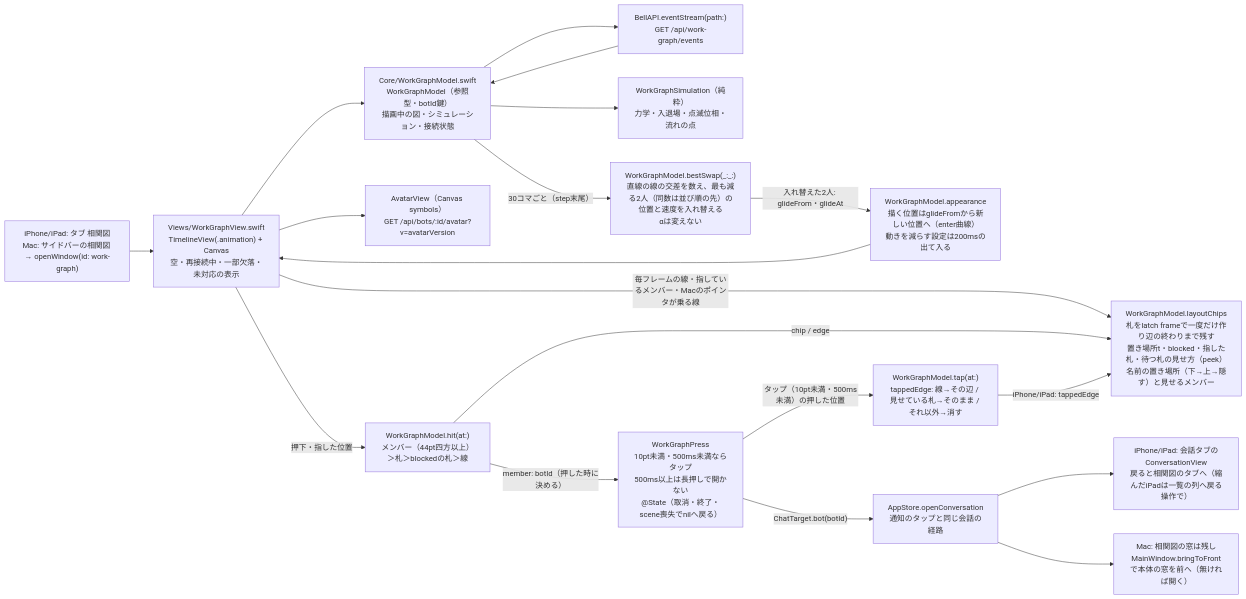
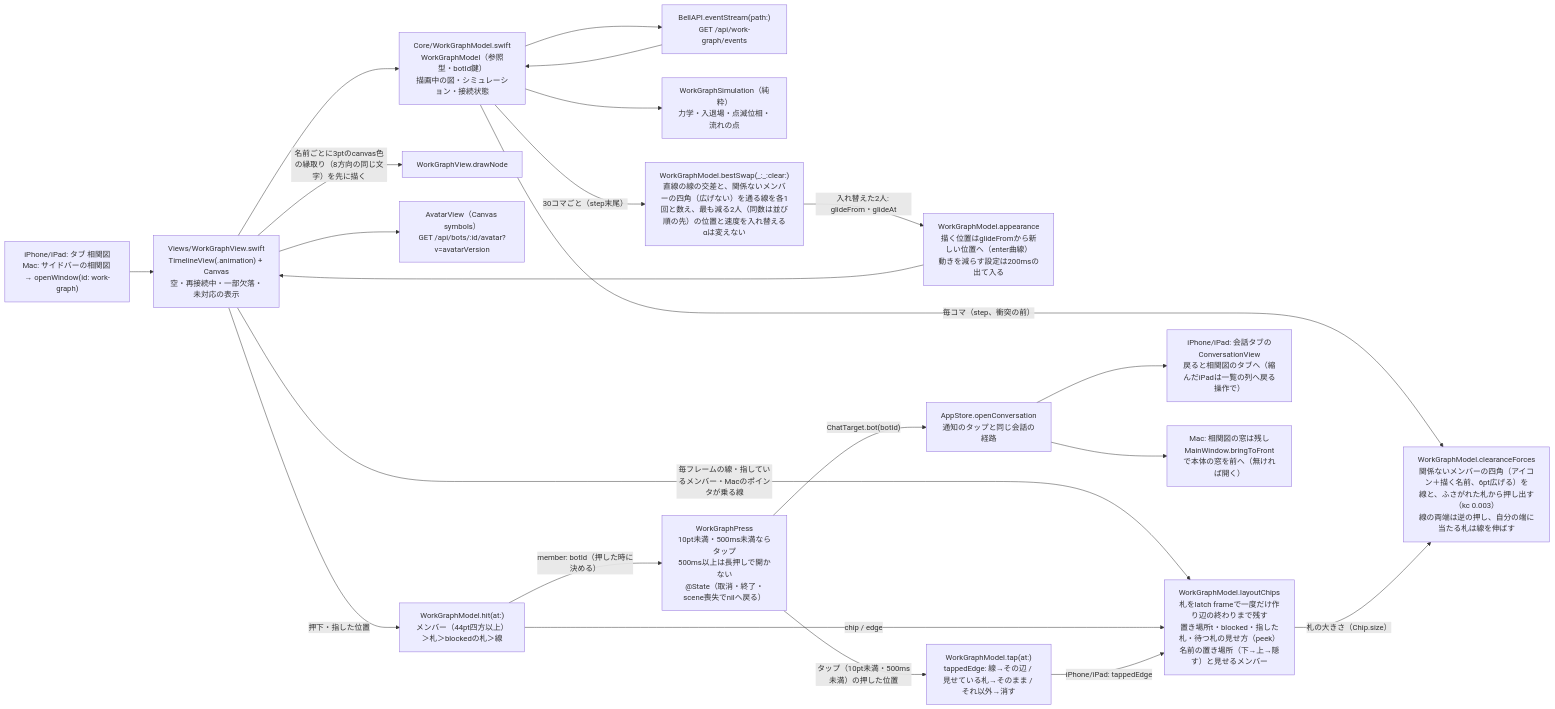
One commit to kitepon/BellTeam changed the diagram in docs/architecture/modules/apple/work-graph.md. Above: the diagram before and after it, drawn with Mermaid. The commit also changed other lines of this file and 3 other files, not shown here.

First line of the commit message:
work-graph (Apple): clearance keeps edges and chips off unrelated members

````diff
--- a/docs/architecture/modules/apple/work-graph.md
+++ b/docs/architecture/modules/apple/work-graph.md
@@ -7,21 +7,24 @@
 ```mermaid
 flowchart LR
   Nav["iPhone/iPad: タブ 相関図<br/>Mac: サイドバーの相関図 → openWindow(id: work-graph)"] --> View["Views/WorkGraphView.swift<br/>TimelineView(.animation) + Canvas<br/>空・再接続中・一部欠落・未対応の表示"]
   View --> Model["Core/WorkGraphModel.swift<br/>WorkGraphModel（参照型・botId鍵）<br/>描画中の図・シミュレーション・接続状態"]
   Model --> Stream["BellAPI.eventStream(path:)<br/>GET /api/work-graph/events"]
   Stream --> Model
   Model --> Sim["WorkGraphSimulation（純粋）<br/>力学・入退場・点滅位相・流れの点"]
-  Model -->|"30コマごと（step末尾）"| Uncross["WorkGraphModel.bestSwap(_:_:)<br/>直線の線の交差を数え、最も減る2人（同数は並び順の先）の位置と速度を入れ替える<br/>αは変えない"]
+  Model -->|"毎コマ（step、衝突の前）"| Clear["WorkGraphModel.clearanceForces<br/>関係ないメンバーの四角（アイコン＋描く名前、6pt広げる）を<br/>線と、ふさがれた札から押し出す（kc 0.003）<br/>線の両端は逆の押し、自分の端に当たる札は線を伸ばす"]
+  Chips -->|"札の大きさ（Chip.size）"| Clear
+  Model -->|"30コマごと（step末尾）"| Uncross["WorkGraphModel.bestSwap(_:_:clear:)<br/>直線の線の交差と、関係ないメンバーの四角（広げない）を通る線を各1回と数え、最も減る2人（同数は並び順の先）の位置と速度を入れ替える<br/>αは変えない"]
   Uncross -->|"入れ替えた2人: glideFrom・glideAt"| Look["WorkGraphModel.appearance<br/>描く位置はglideFromから新しい位置へ（enter曲線）<br/>動きを減らす設定は200msの出て入る"]
   Look --> View
+  View -->|"名前ごとに3ptのcanvas色の縁取り（8方向の同じ文字）を先に描く"| Halo["WorkGraphView.drawNode"]
   View --> Avatar["AvatarView（Canvas symbols）<br/>GET /api/bots/:id/avatar?v=avatarVersion"]
   View -->|"毎フレームの線・指しているメンバー・Macのポインタが乗る線"| Chips["WorkGraphModel.layoutChips<br/>札をlatch frameで一度だけ作り辺の終わりまで残す<br/>置き場所t・blocked・指した札・待つ札の見せ方（peek）<br/>名前の置き場所（下→上→隠す）と見せるメンバー"]
   View -->|"押下・指した位置"| Hit["WorkGraphModel.hit(at:)<br/>メンバー（44pt四方以上）＞札＞blockedの札＞線"]
   Hit -->|"member: botId（押した時に決める）"| Press["WorkGraphPress<br/>10pt未満・500ms未満ならタップ<br/>500ms以上は長押しで開かない<br/>@State（取消・終了・scene喪失でnilへ戻る）"]
   Hit -->|"chip / edge"| Chips
   Press -->|"タップ（10pt未満・500ms未満）の押した位置"| Tap["WorkGraphModel.tap(at:)<br/>tappedEdge: 線→その辺 / 見せている札→そのまま / それ以外→消す"]
   Tap -->|"iPhone/iPad: tappedEdge"| Chips
   Press -->|"ChatTarget.bot(botId)"| Route["AppStore.openConversation<br/>通知のタップと同じ会話の経路"]
   Route --> Chat["iPhone/iPad: 会話タブのConversationView<br/>戻ると相関図のタブへ（縮んだiPadは一覧の列へ戻る操作で）"]
   Route --> Main["Mac: 相関図の窓は残し<br/>MainWindow.bringToFrontで本体の窓を前へ（無ければ開く）"]
 ```
````
